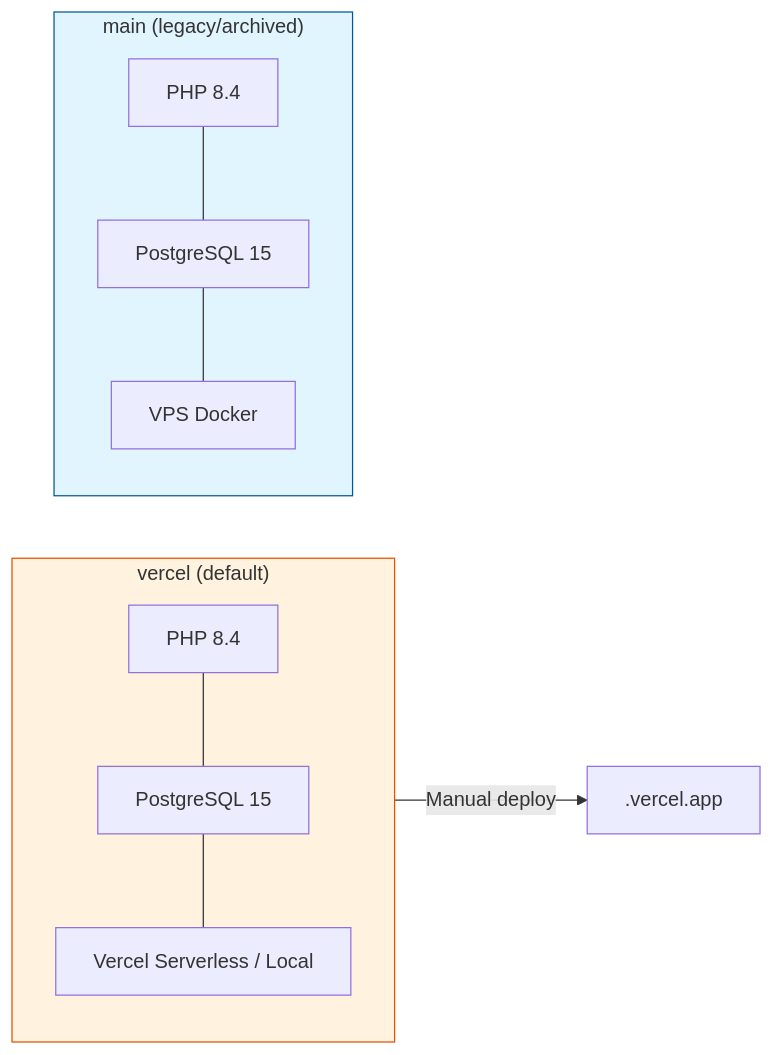
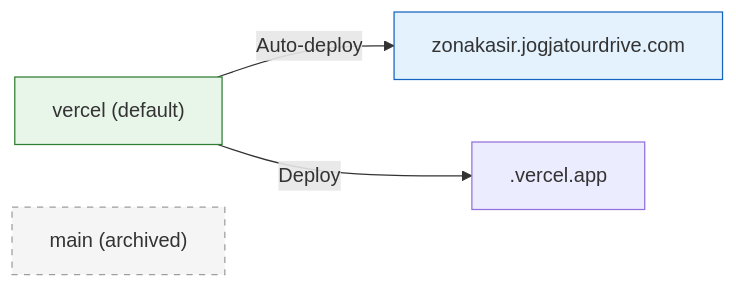
One commit to argasokataman-code/zonaKasir changed the second of 5 diagrams in docs/architecture/OVERVIEW.md. Above: the diagram before and after it, drawn with Mermaid. The commit also changed other lines of this file and 1 other file, not shown here.

Commit message:
docs: vercel = default branch, main = archived
- Remove main branch from active strategy
- Update staging URL + auto-deploy to vercel
- Clean up contributing guide (base off vercel only)
- Simplify branch diagram in architecture docs

````diff
--- a/docs/architecture/OVERVIEW.md
+++ b/docs/architecture/OVERVIEW.md
@@ -47,23 +47,12 @@
 ```mermaid
 graph LR
-    subgraph VERCEL["vercel (default)"]
-        direction TB
-        V1[PHP 8.4]
-        V2[PostgreSQL 15]
-        V3[Vercel Serverless / Local]
-        V1 --- V2 --- V3
-    end
+    VERCEL["vercel (default)"]
+    MAIN["main (archived)"]
 
-    subgraph MAIN["main (legacy/archived)"]
-        direction TB
-        M1[PHP 8.4]
-        M2[PostgreSQL 15]
-        M3[VPS Docker]
-        M1 --- M2 --- M3
-    end
+    VERCEL -->|Auto-deploy| STAGING[zonakasir.jogjatourdrive.com]
+    VERCEL -->|Deploy| VERCEL_DEPLOY[.vercel.app]
 
-    VERCEL -->|Manual deploy| VERCEL_DEPLOY[.vercel.app]
-
-    style MAIN fill:#e1f5fe,stroke:#01579b
-    style VERCEL fill:#fff3e0,stroke:#e65100
+    style VERCEL fill:#e8f5e9,stroke:#2e7d32
+    style MAIN fill:#f5f5f5,stroke:#9e9e9e,stroke-dasharray: 5 5
+    style STAGING fill:#e3f2fd,stroke:#1565c0
 ```
````
